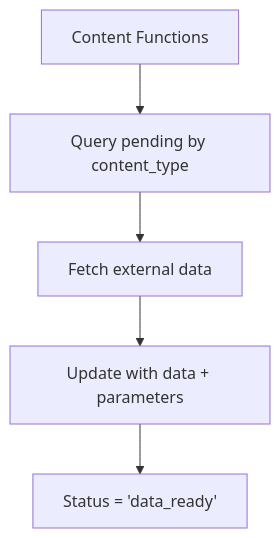
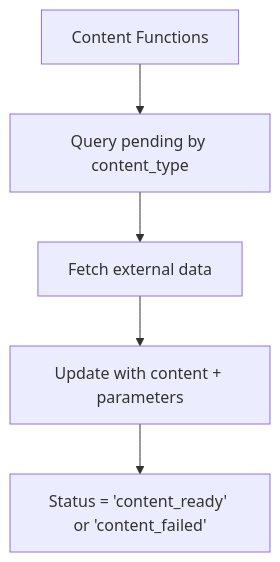
The second of 5 diagrams in docs/proposed-function-flow.md (n8peace/DayStart), drawn with Mermaid before and after one commit. The commit also changed other lines of this file and 10 other files, not shown here.

First line of the commit message:
Add content_ready and content_failed statuses for content generation

````diff
--- a/docs/proposed-function-flow.md
+++ b/docs/proposed-function-flow.md
@@ -46,7 +66,7 @@
 ```mermaid
 graph TD
     A[Content Functions] --> B[Query pending by content_type]
     B --> C[Fetch external data]
-    C --> D[Update with data + parameters]
-    D --> E[Status = 'data_ready']
+    C --> D[Update with content + parameters]
+    D --> E[Status = 'content_ready' or 'content_failed']
 ```
````
